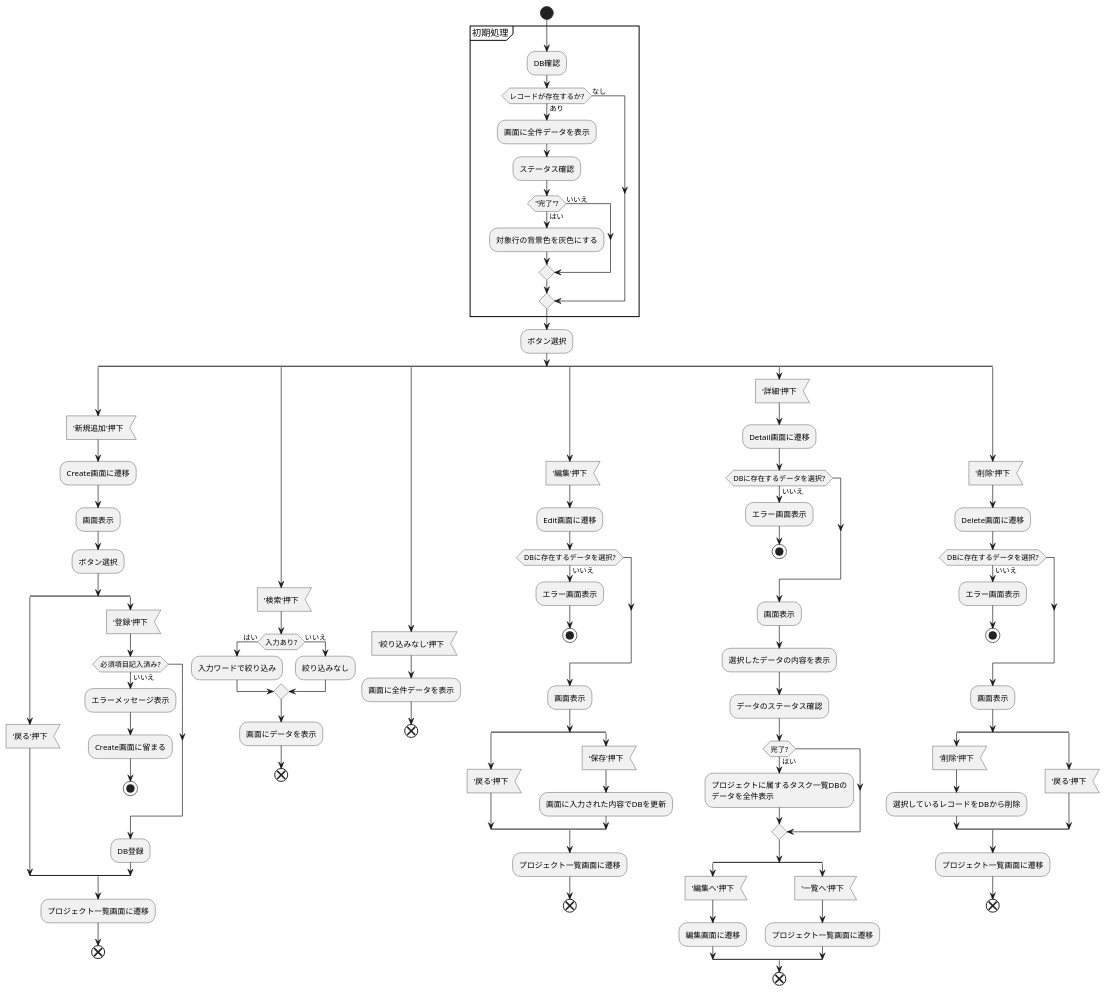
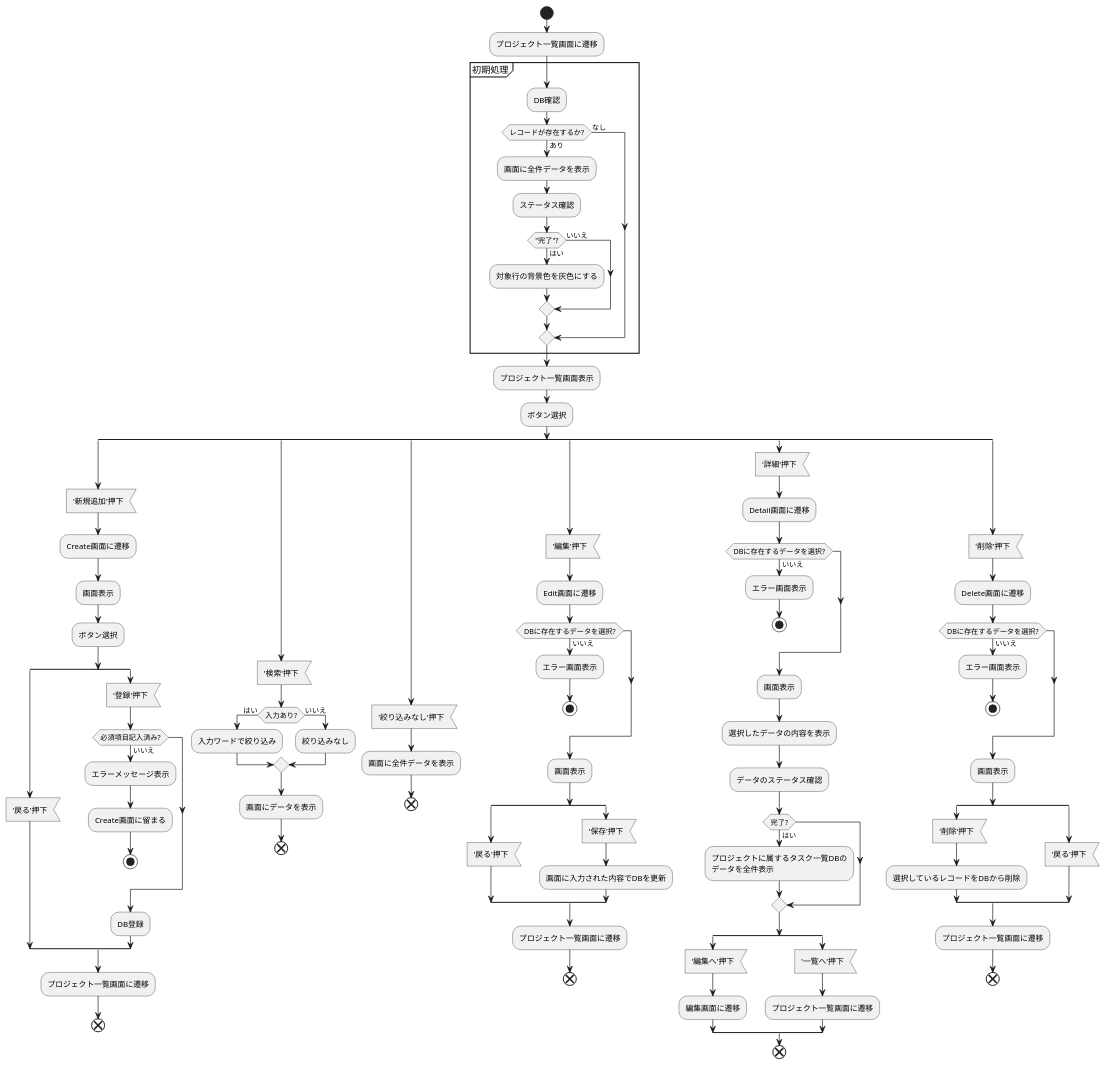
One commit to code-10157/asp.net_core_ver.2 changed the fourth of 7 diagrams in asp_projects/documents/7.要件定義/TaskList-API_rsc.md. Above: the diagram before and after it, drawn with PlantUML. The commit also changed other lines of this file, not shown here.

```diff
--- a/asp_projects/documents/7.要件定義/TaskList-API_rsc.md
+++ b/asp_projects/documents/7.要件定義/TaskList-API_rsc.md
@@ -133,6 +133,7 @@
   @startuml
 
   start
+  :プロジェクト一覧画面に遷移;
   partition 初期処理 {
       :DB確認;
       if (レコードが存在するか?) then (あり)
@@ -145,7 +146,7 @@
       else (なし)
       endif
   }
-
+  :プロジェクト一覧画面表示;
   :ボタン選択;
   split
      :'新規追加'押下<
```
